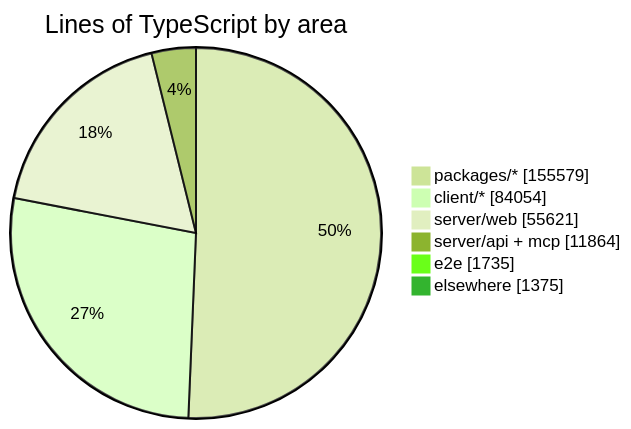
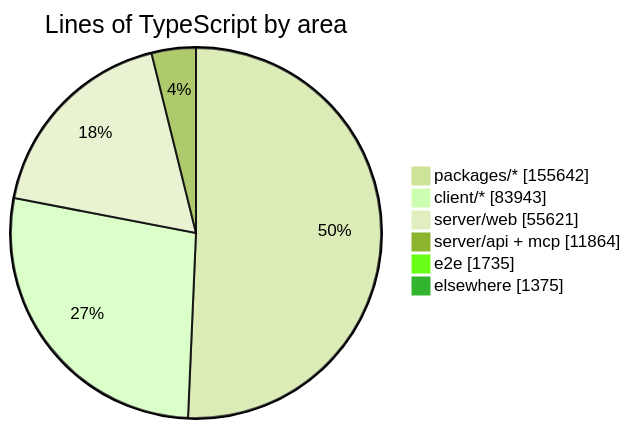
One commit to crossworks-engineering/mantle changed the diagram in README.md. Above: the diagram before and after it, drawn with Mermaid (forest theme). The commit also changed other lines of this file and 4 other files, not shown here.

````diff
--- a/README.md
+++ b/README.md
@@ -279,9 +279,9 @@
 ```mermaid
 pie showData title Lines of TypeScript by area
-    "packages/*" : 155579
-    "client/*" : 84054
+    "packages/*" : 155642
+    "client/*" : 83943
     "server/web" : 55621
     "server/api + mcp" : 11864
     "e2e" : 1735
     "elsewhere" : 1375
 ```
````
